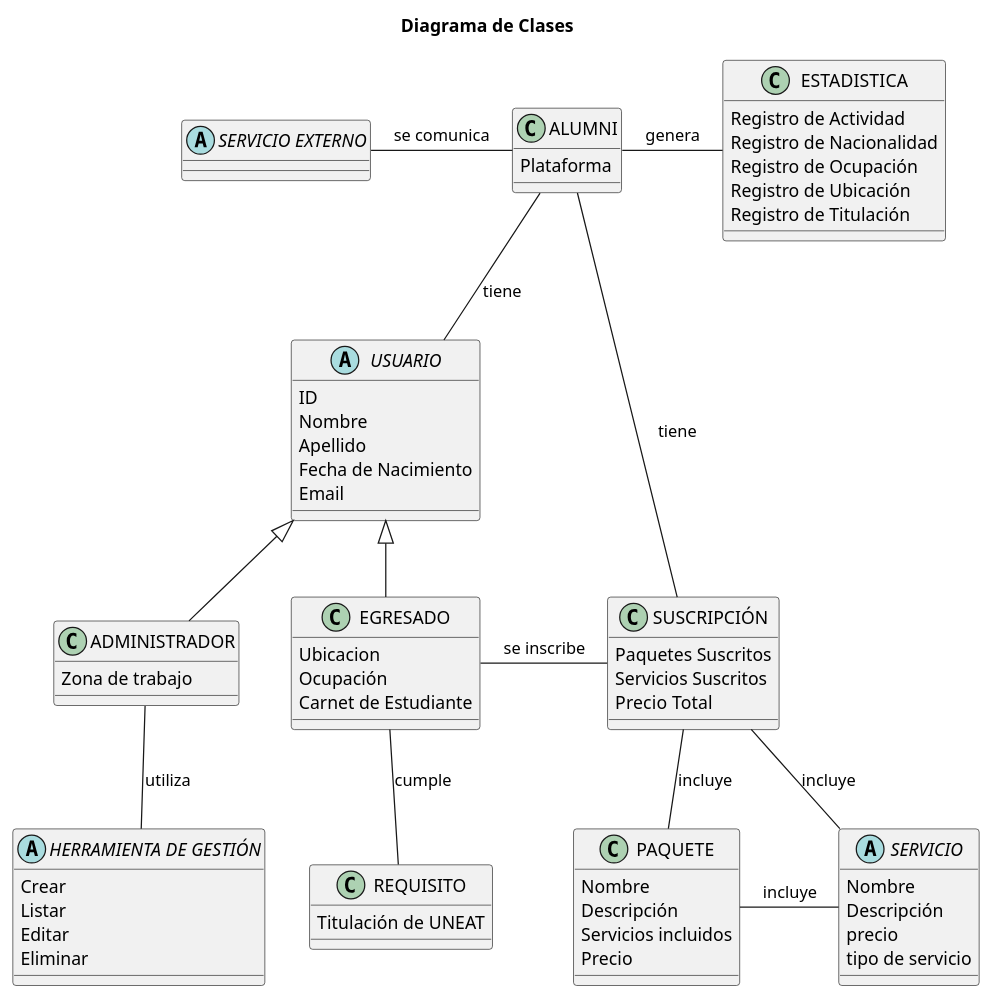
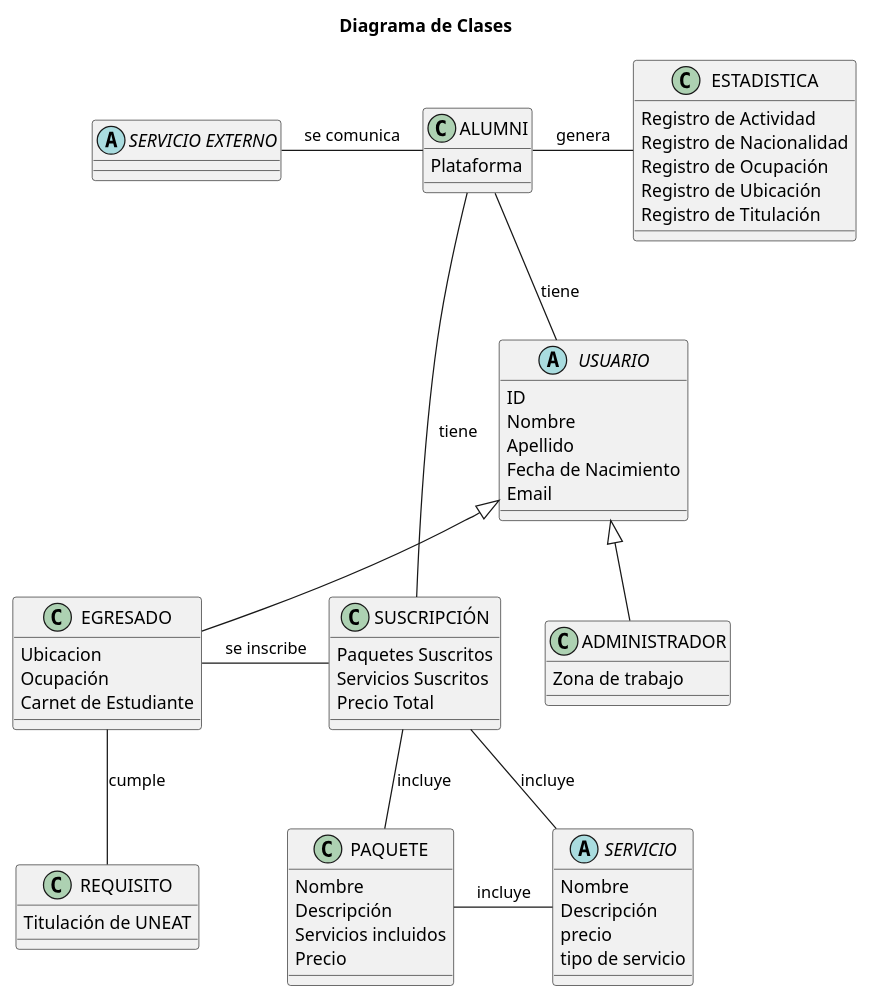
One commit to mmasias/23-24-IdSw1-SDR changed the diagram in Modelos_de_Dominio/Modelos_Finales/Tercera_Iteración/Diagrama_de_Clases/Diagrama_de_Clases.puml. Above: the diagram before and after it, drawn with PlantUML. The commit also changed 3 other files, not shown here.

Commit message:
elimniado diagrama de herramientas

```diff
--- a/Modelos_de_Dominio/Modelos_Finales/Tercera_Iteración/Diagrama_de_Clases/Diagrama_de_Clases.puml
+++ b/Modelos_de_Dominio/Modelos_Finales/Tercera_Iteración/Diagrama_de_Clases/Diagrama_de_Clases.puml
@@ -1,96 +1,87 @@
 @startuml AumniClasses
 
 title Diagrama de Clases
 
 '!theme amiga
 skinparam backgroundColor white
 skinparam defaultFontName Arial
 
 class ALUMNI 
 {
    Plataforma
 }
 
 abstract "SERVICIO EXTERNO" {}
 
 abstract USUARIO 
 {
     ID
     Nombre 
     Apellido
     Fecha de Nacimiento
     Email
 }
 
 class EGRESADO 
 {
     Ubicacion
     Ocupación
     Carnet de Estudiante
 }
 
 class ADMINISTRADOR 
 {
     Zona de trabajo
 }
 
 class REQUISITO 
 {
     Titulación de UNEAT
 }
 
 class ESTADISTICA 
 {
     Registro de Actividad
     Registro de Nacionalidad
     Registro de Ocupación
     Registro de Ubicación
     Registro de Titulación
 
 }
 
 class SUSCRIPCIÓN 
 {
     Paquetes Suscritos
     Servicios Suscritos
     Precio Total
 }
 
 class PAQUETE
 {
     Nombre
     Descripción
     Servicios incluidos
     Precio
 }
 
 abstract SERVICIO 
 {
     Nombre 
     Descripción
     precio
     tipo de servicio
 }
 
-abstract "HERRAMIENTA DE GESTIÓN" 
-{
-    Crear
-    Listar
-    Editar
-    Eliminar
-}
-
 ALUMNI -- USUARIO : tiene
 ALUMNI - ESTADISTICA : genera
 SUSCRIPCIÓN -up- ALUMNI : tiene
 ALUMNI -left- "SERVICIO EXTERNO" : se comunica
 SUSCRIPCIÓN -- SERVICIO : incluye
 EGRESADO -- REQUISITO : cumple
 SUSCRIPCIÓN -- PAQUETE : incluye
 EGRESADO - SUSCRIPCIÓN : se inscribe
 PAQUETE - SERVICIO : incluye
 USUARIO <|-- EGRESADO
 USUARIO <|-- ADMINISTRADOR
-"HERRAMIENTA DE GESTIÓN" -up- ADMINISTRADOR : utiliza
 
 @enduml
```
